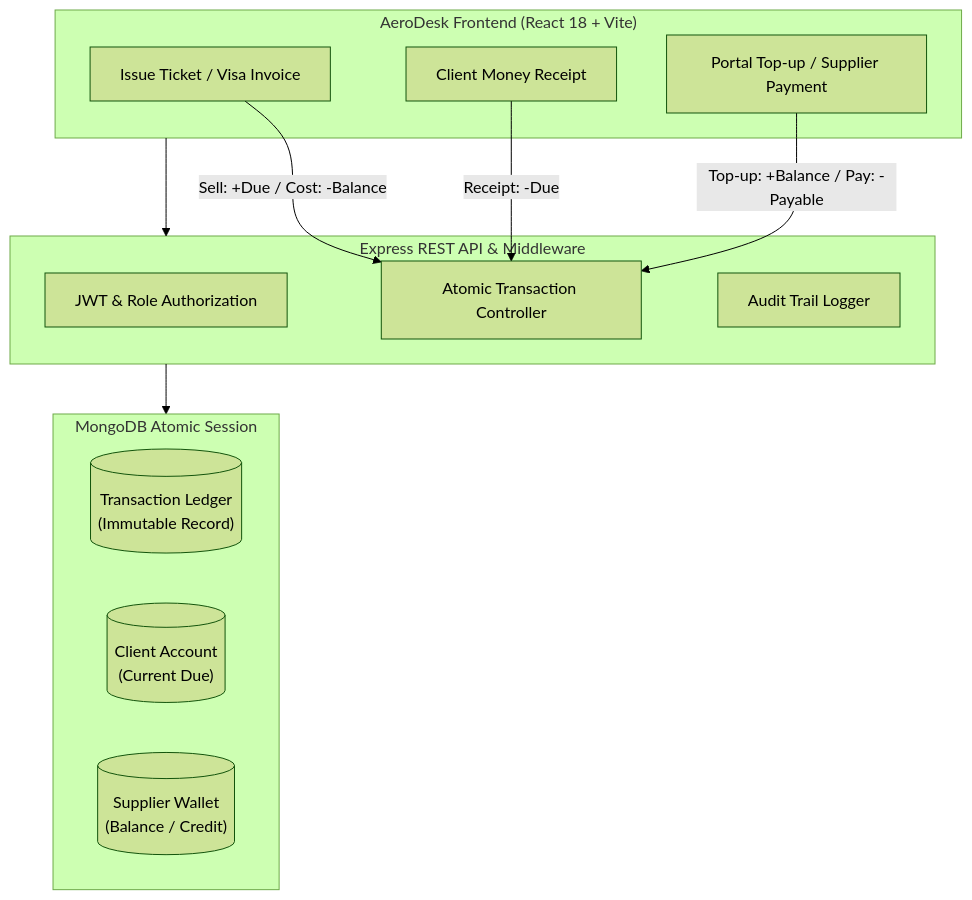
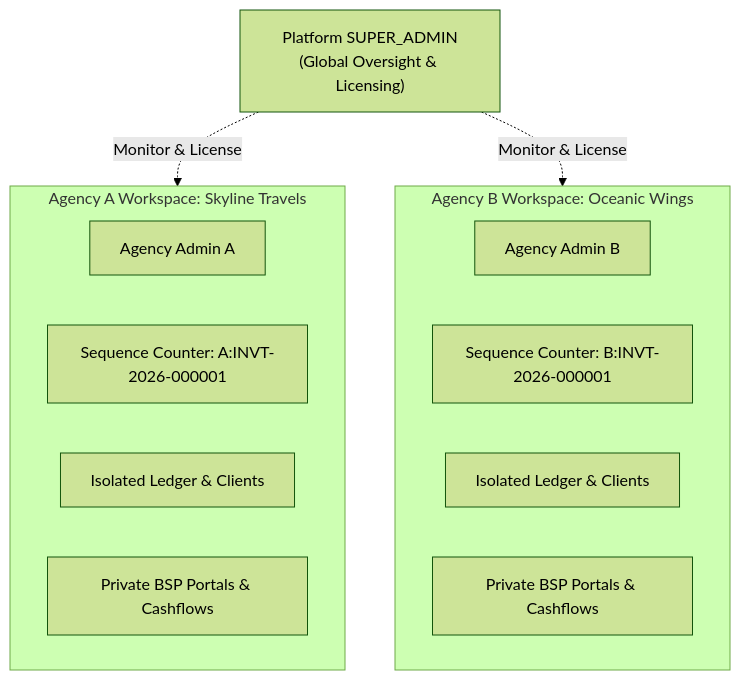
One commit to ZUNA1D/AeroDesk-ERP changed the diagram in README.md. Above: the diagram before and after it, drawn with Mermaid (forest theme). The commit also changed other lines of this file and 42 other files, not shown here.

Commit message:
feat: implement multi-tenancy, superadmin role, and agency onboarding

````diff
--- a/README.md
+++ b/README.md
@@ -62,27 +23,21 @@
 ```mermaid
 flowchart TD
-    subgraph UI ["AeroDesk Frontend (React 18 + Vite)"]
-        UI_INV["Issue Ticket / Visa Invoice"]
-        UI_REC["Client Money Receipt"]
-        UI_SUP["Portal Top-up / Supplier Payment"]
+    SA["Platform SUPER_ADMIN\n(Global Oversight & Licensing)"]
+    
+    subgraph AgencyA ["Agency A Workspace: Skyline Travels"]
+        A_ADM["Agency Admin A"]
+        A_SEQ["Sequence Counter: A:INVT-2026-000001"]
+        A_LEDGER["Isolated Ledger & Clients"]
+        A_WALLETS["Private BSP Portals & Cashflows"]
     end
 
-    subgraph API ["Express REST API & Middleware"]
-        AUTH["JWT & Role Authorization"]
-        TXN["Atomic Transaction Controller"]
-        AUDIT["Audit Trail Logger"]
+    subgraph AgencyB ["Agency B Workspace: Oceanic Wings"]
+        B_ADM["Agency Admin B"]
+        B_SEQ["Sequence Counter: B:INVT-2026-000001"]
+        B_LEDGER["Isolated Ledger & Clients"]
+        B_WALLETS["Private BSP Portals & Cashflows"]
     end
 
-    subgraph DB ["MongoDB Atomic Session"]
-        M_TXN[("Transaction Ledger\n(Immutable Record)")]
-        M_CLI[("Client Account\n(Current Due)")]
-        M_SUP[("Supplier Wallet\n(Balance / Credit)")]
-    end
-
-    UI --> API
-    API --> DB
-
-    UI_INV -->|Sell: +Due / Cost: -Balance| TXN
-    UI_REC -->|Receipt: -Due| TXN
-    UI_SUP -->|Top-up: +Balance / Pay: -Payable| TXN
+    SA -.->|Monitor & License| AgencyA
+    SA -.->|Monitor & License| AgencyB
 ```
````
